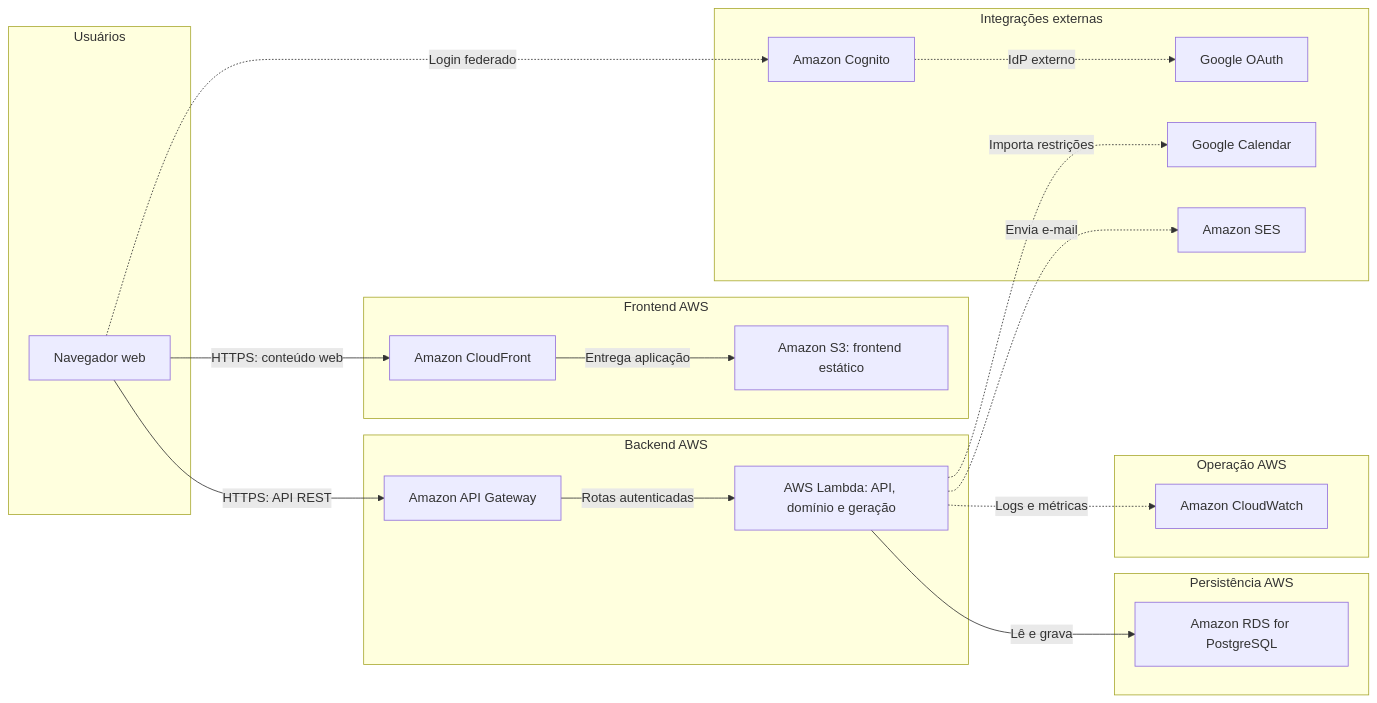
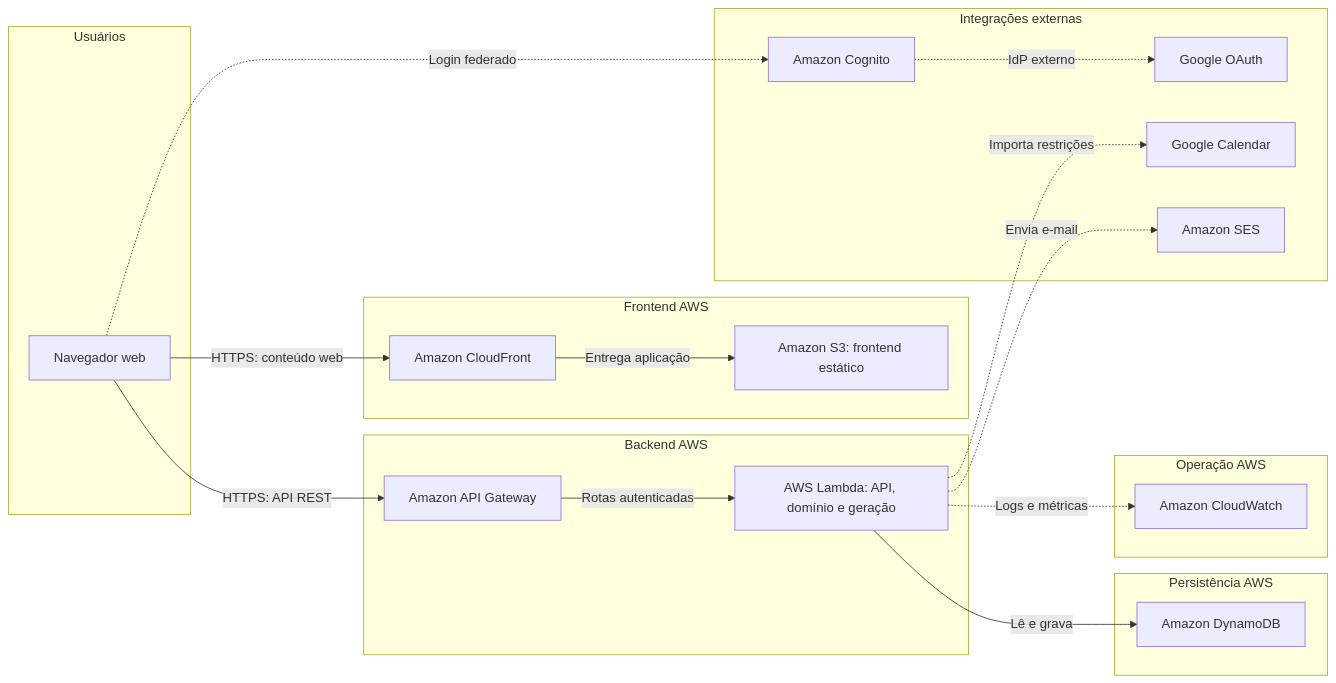
Before and after one commit to sx-nt/infra_p: the first of 3 diagrams in docs/diagramas-de-blocos.md, drawn with Mermaid. The commit also changed other lines of this file and 26 other files, not shown here.

````diff
--- a/docs/diagramas-de-blocos.md
+++ b/docs/diagramas-de-blocos.md
@@ -10,42 +10,42 @@
 ```mermaid
 flowchart LR
     subgraph usuarios ["Usuários"]
         navegador["Navegador web"]
     end
 
     subgraph frontend ["Frontend AWS"]
         cloudFront["Amazon CloudFront"]
         s3["Amazon S3: frontend estático"]
     end
 
     subgraph backend ["Backend AWS"]
         apiGateway["Amazon API Gateway"]
         lambda["AWS Lambda: API, domínio e geração"]
     end
 
     subgraph dados ["Persistência AWS"]
-        rds["Amazon RDS for PostgreSQL"]
+    dynamodb["Amazon DynamoDB"]
     end
 
     subgraph observabilidade ["Operação AWS"]
         cloudWatch["Amazon CloudWatch"]
     end
 
     subgraph externos ["Integrações externas"]
         cognito["Amazon Cognito"]
         googleOAuth["Google OAuth"]
         googleCalendar["Google Calendar"]
         ses["Amazon SES"]
     end
 
     navegador -->|"HTTPS: conteúdo web"| cloudFront
     cloudFront -->|"Entrega aplicação"| s3
     navegador -->|"HTTPS: API REST"| apiGateway
     navegador -.->|"Login federado"| cognito
     cognito -.->|"IdP externo"| googleOAuth
     apiGateway -->|"Rotas autenticadas"| lambda
-    lambda -->|"Lê e grava"| rds
+    lambda -->|"Lê e grava"| dynamodb
     lambda -.->|"Importa restrições"| googleCalendar
     lambda -.->|"Envia e-mail"| ses
     lambda -.->|"Logs e métricas"| cloudWatch
 ```
````
